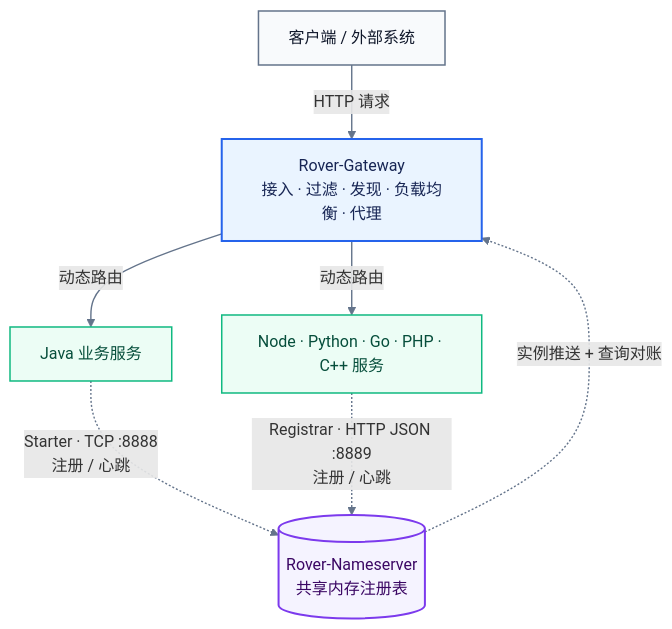
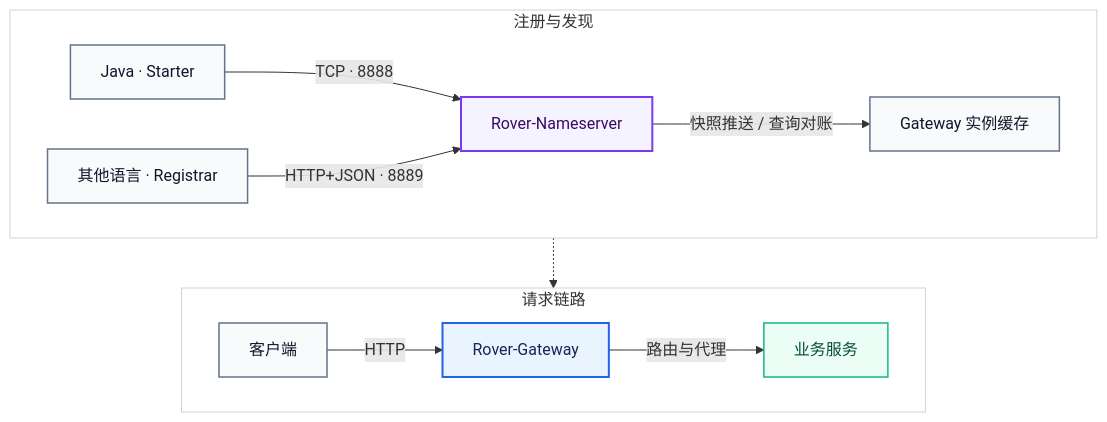
Before and after one commit to zzl-qz/Rover-Suite: the diagram in README.zh-CN.md, drawn with Mermaid. The commit also changed other lines of this file and 7 other files, not shown here.

Commit message:
调整了一下图

````diff
--- a/README.zh-CN.md
+++ b/README.zh-CN.md
@@ -62,25 +62,28 @@
 ```mermaid
 flowchart TB
-    C["客户端 / 外部系统"]
-    G["Rover-Gateway<br/>接入 · 过滤 · 发现 · 负载均衡 · 代理"]
-    J["Java 业务服务"]
-    O["Node · Python · Go · PHP · C++ 服务"]
-    N[("Rover-Nameserver<br/>共享内存注册表")]
+    subgraph Request["请求链路"]
+        direction LR
+        C["客户端"] -->|"HTTP"| G["Rover-Gateway"]
+        G -->|"路由与代理"| S["业务服务"]
+    end
 
-    C -->|HTTP 请求| G
-    G -->|动态路由| J
-    G -->|动态路由| O
-    J -.->|Starter · TCP :8888<br/>注册 / 心跳| N
-    O -.->|Registrar · HTTP JSON :8889<br/>注册 / 心跳| N
-    N -.->|实例推送 + 查询对账| G
+    subgraph Discovery["注册与发现"]
+        direction LR
+        J["Java · Starter"] -->|"TCP · 8888"| N["Rover-Nameserver"]
+        O["其他语言 · Registrar"] -->|"HTTP+JSON · 8889"| N
+        N -->|"快照推送 / 查询对账"| K["Gateway 实例缓存"]
+    end
 
-    classDef caller fill:#F8FAFC,stroke:#64748B,color:#0F172A,stroke-width:1.5px;
+    K -.-> G
+
+    classDef edge fill:#F8FAFC,stroke:#64748B,color:#0F172A,stroke-width:1.5px;
     classDef gateway fill:#EAF4FF,stroke:#2563EB,color:#172554,stroke-width:2px;
     classDef service fill:#ECFDF5,stroke:#10B981,color:#064E3B,stroke-width:1.5px;
-    classDef nameserver fill:#F5F3FF,stroke:#7C3AED,color:#3B0764,stroke-width:2px;
-    class C caller;
+    classDef registry fill:#F5F3FF,stroke:#7C3AED,color:#3B0764,stroke-width:2px;
+    class C,J,O,K edge;
     class G gateway;
-    class J,O service;
-    class N nameserver;
-    linkStyle default stroke:#64748B,stroke-width:1.4px;
+    class S service;
+    class N registry;
+    style Request fill:#FFFFFF,stroke:#CBD5E1,stroke-width:1px;
+    style Discovery fill:#FFFFFF,stroke:#CBD5E1,stroke-width:1px;
 ```
````
